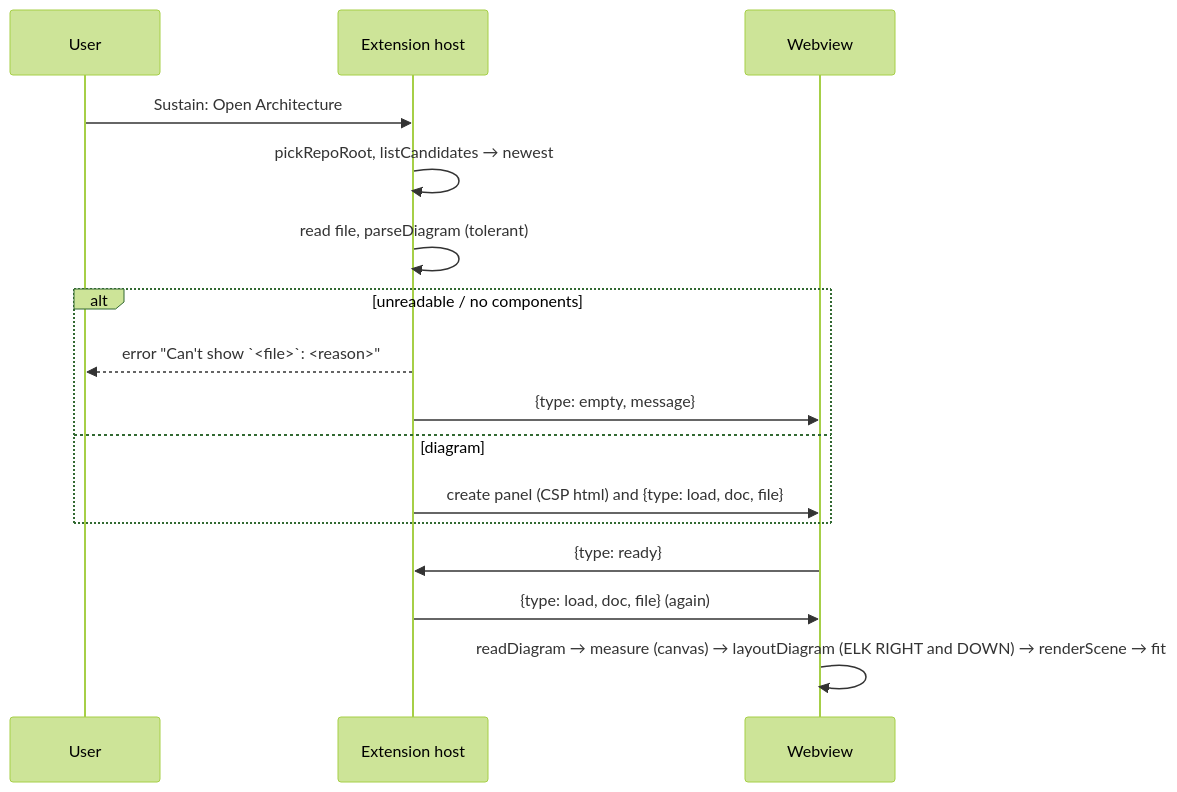
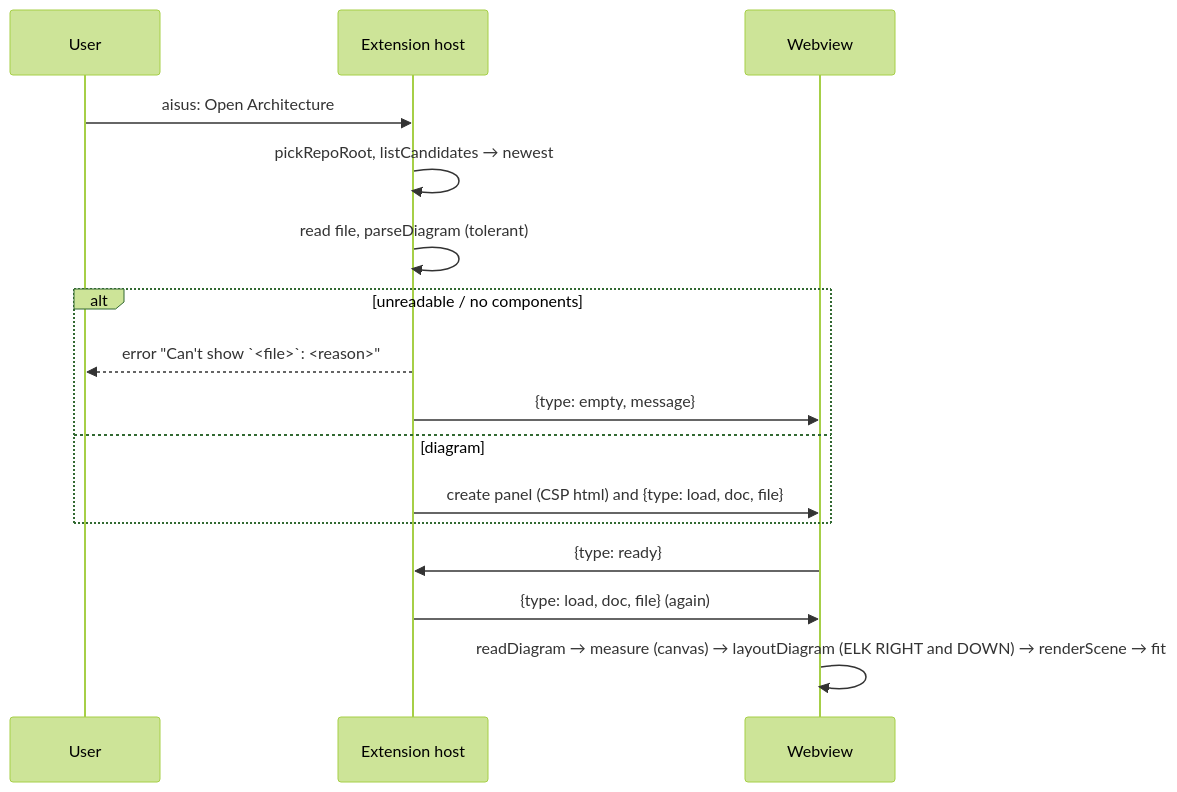
The third of 4 diagrams in docs/architecture.md (aisusdev/aisus), drawn with Mermaid (forest theme) before and after one commit. The commit also changed other lines of this file and 271 other files, not shown here.

````diff
--- a/docs/architecture.md
+++ b/docs/architecture.md
@@ -268,18 +268,18 @@
 ```mermaid
 sequenceDiagram
   participant U as User
   participant H as Extension host
   participant W as Webview
-  U->>H: Sustain: Open Architecture
+  U->>H: aisus: Open Architecture
   H->>H: pickRepoRoot, listCandidates → newest
   H->>H: read file, parseDiagram (tolerant)
   alt unreadable / no components
     H-->>U: error "Can't show `<file>`: <reason>"
     H->>W: {type: empty, message}
   else diagram
     H->>W: create panel (CSP html) and {type: load, doc, file}
   end
   W->>H: {type: ready}
   H->>W: {type: load, doc, file} (again)
   W->>W: readDiagram → measure (canvas) → layoutDiagram (ELK RIGHT and DOWN) → renderScene → fit
 ```
````
